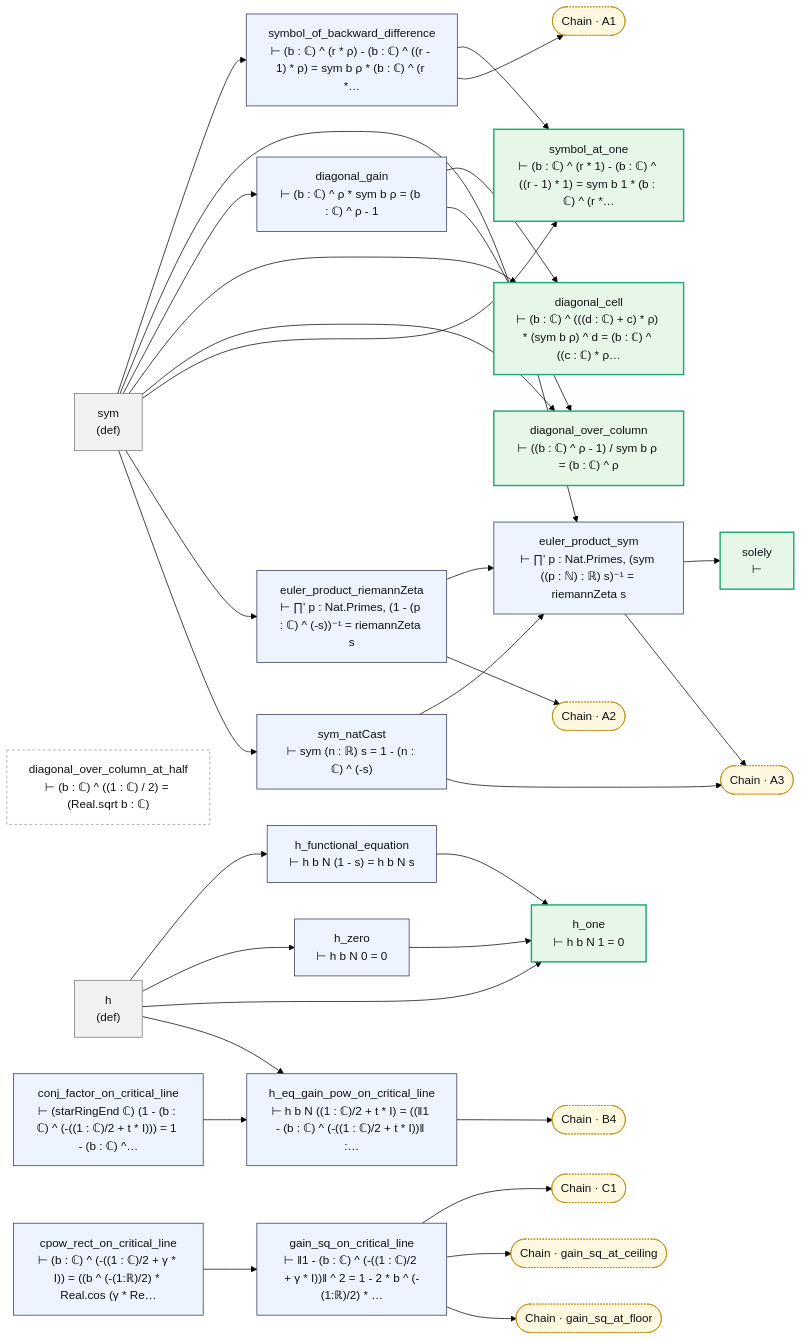
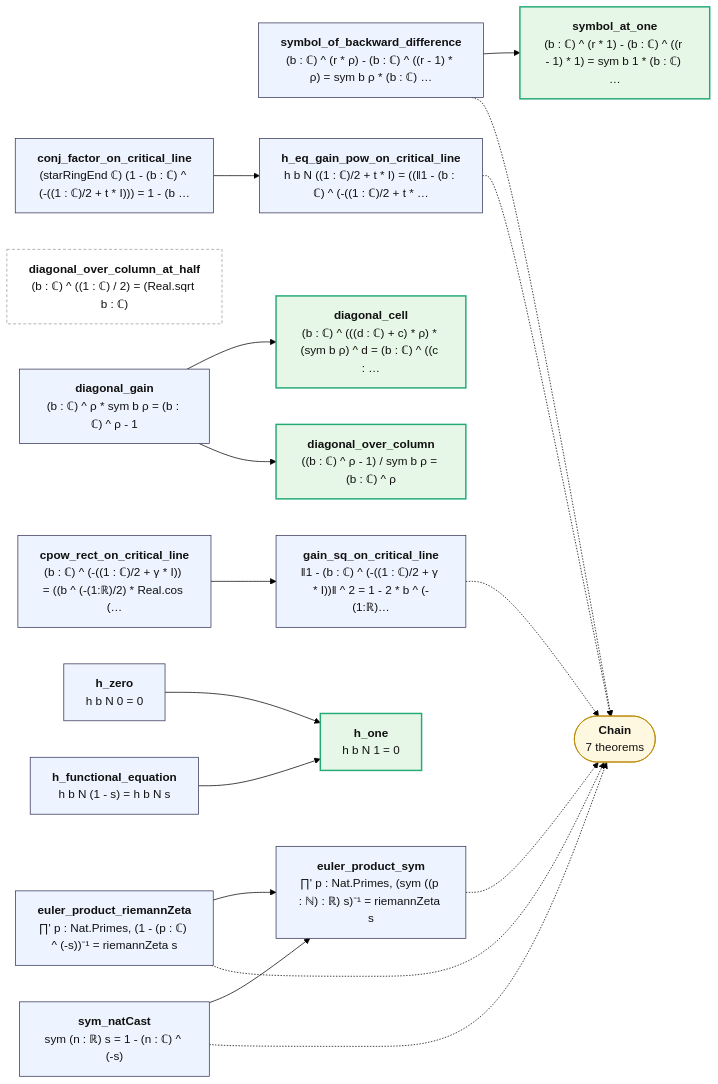
The diagram in map/lean/EulerFactorChain.md (juliansambranojr/Primebeat_081426), drawn with Mermaid (forest theme) before and after one commit. The commit also changed other lines of this file and 387 other files, not shown here.

````diff
--- a/map/lean/EulerFactorChain.md
+++ b/map/lean/EulerFactorChain.md
@@ -8,65 +12,40 @@
 ```mermaid
 flowchart LR
-  n0["sym<br/>(def)"]:::dfn
-  n1["symbol_of_backward_difference<br/>⊢ (b : ℂ) ^ (r * ρ) - (b : ℂ) ^ ((r - 1) * ρ) = sym b ρ * (b : ℂ) ^ (r *…"]:::thm
-  n2["diagonal_gain<br/>⊢ (b : ℂ) ^ ρ * sym b ρ = (b : ℂ) ^ ρ - 1"]:::thm
-  n3["diagonal_cell<br/>⊢ (b : ℂ) ^ (((d : ℂ) + c) * ρ) * (sym b ρ) ^ d = (b : ℂ) ^ ((c : ℂ) * ρ…"]:::end_
-  n4["diagonal_over_column<br/>⊢ ((b : ℂ) ^ ρ - 1) / sym b ρ = (b : ℂ) ^ ρ"]:::end_
-  n5["diagonal_over_column_at_half<br/>⊢ (b : ℂ) ^ ((1 : ℂ) / 2) = (Real.sqrt b : ℂ)"]:::lone
-  n6["symbol_at_one<br/>⊢ (b : ℂ) ^ (r * 1) - (b : ℂ) ^ ((r - 1) * 1) = sym b 1 * (b : ℂ) ^ (r *…"]:::end_
-  n7["euler_product_riemannZeta<br/>⊢ ∏' p : Nat.Primes, (1 - (p : ℂ) ^ (-s))⁻¹ = riemannZeta s"]:::thm
-  n8["solely<br/>⊢ "]:::end_
-  n9["sym_natCast<br/>⊢ sym (n : ℝ) s = 1 - (n : ℂ) ^ (-s)"]:::thm
-  n10["euler_product_sym<br/>⊢ ∏' p : Nat.Primes, (sym ((p : ℕ) : ℝ) s)⁻¹ = riemannZeta s"]:::thm
-  n11["h<br/>(def)"]:::dfn
-  n12["h_functional_equation<br/>⊢ h b N (1 - s) = h b N s"]:::thm
-  n13["h_zero<br/>⊢ h b N 0 = 0"]:::thm
-  n14["h_one<br/>⊢ h b N 1 = 0"]:::end_
-  n15["conj_factor_on_critical_line<br/>⊢ (starRingEnd ℂ) (1 - (b : ℂ) ^ (-((1 : ℂ)/2 + t * I))) = 1 - (b : ℂ) ^…"]:::thm
-  n16["h_eq_gain_pow_on_critical_line<br/>⊢ h b N ((1 : ℂ)/2 + t * I) = ((‖1 - (b : ℂ) ^ (-((1 : ℂ)/2 + t * I))‖ :…"]:::thm
-  n17["cpow_rect_on_critical_line<br/>⊢ (b : ℂ) ^ (-((1 : ℂ)/2 + γ * I)) = ((b ^ (-(1:ℝ)/2) * Real.cos (γ * Re…"]:::thm
-  n18["gain_sq_on_critical_line<br/>⊢ ‖1 - (b : ℂ) ^ (-((1 : ℂ)/2 + γ * I))‖ ^ 2 = 1 - 2 * b ^ (-(1:ℝ)/2) * …"]:::thm
-  x0(["Chain · A1"]):::ext
-  x1(["Chain · A2"]):::ext
-  x2(["Chain · A3"]):::ext
-  x3(["Chain · B4"]):::ext
-  x4(["Chain · C1"]):::ext
-  x5(["Chain · gain_sq_at_ceiling"]):::ext
-  x6(["Chain · gain_sq_at_floor"]):::ext
-  n0 --> n1
-  n0 --> n10
-  n0 --> n2
-  n0 --> n3
-  n0 --> n4
-  n0 --> n6
-  n0 --> n7
-  n0 --> n9
-  n1 --> n6
-  n1 --> x0
-  n10 --> n8
-  n10 --> x2
-  n11 --> n12
-  n11 --> n13
-  n11 --> n14
-  n11 --> n16
-  n12 --> n14
-  n13 --> n14
-  n15 --> n16
-  n16 --> x3
-  n17 --> n18
-  n18 --> x4
-  n18 --> x5
-  n18 --> x6
-  n2 --> n3
-  n2 --> n4
-  n7 --> n10
-  n7 --> x1
-  n9 --> n10
-  n9 --> x2
+  n0["<b>symbol_of_backward_difference</b><br/>(b : ℂ) ^ (r * ρ) - (b : ℂ) ^ ((r - 1) * ρ) = sym b ρ * (b : ℂ) …"]:::thm
+  n1["<b>diagonal_gain</b><br/>(b : ℂ) ^ ρ * sym b ρ = (b : ℂ) ^ ρ - 1"]:::thm
+  n2["<b>diagonal_cell</b><br/>(b : ℂ) ^ (((d : ℂ) + c) * ρ) * (sym b ρ) ^ d = (b : ℂ) ^ ((c : …"]:::end_
+  n3["<b>diagonal_over_column</b><br/>((b : ℂ) ^ ρ - 1) / sym b ρ = (b : ℂ) ^ ρ"]:::end_
+  n4["<b>diagonal_over_column_at_half</b><br/>(b : ℂ) ^ ((1 : ℂ) / 2) = (Real.sqrt b : ℂ)"]:::lone
+  n5["<b>symbol_at_one</b><br/>(b : ℂ) ^ (r * 1) - (b : ℂ) ^ ((r - 1) * 1) = sym b 1 * (b : ℂ) …"]:::end_
+  n6["<b>euler_product_riemannZeta</b><br/>∏' p : Nat.Primes, (1 - (p : ℂ) ^ (-s))⁻¹ = riemannZeta s"]:::thm
+  n7["<b>sym_natCast</b><br/>sym (n : ℝ) s = 1 - (n : ℂ) ^ (-s)"]:::thm
+  n8["<b>euler_product_sym</b><br/>∏' p : Nat.Primes, (sym ((p : ℕ) : ℝ) s)⁻¹ = riemannZeta s"]:::thm
+  n9["<b>h_functional_equation</b><br/>h b N (1 - s) = h b N s"]:::thm
+  n10["<b>h_zero</b><br/>h b N 0 = 0"]:::thm
+  n11["<b>h_one</b><br/>h b N 1 = 0"]:::end_
+  n12["<b>conj_factor_on_critical_line</b><br/>(starRingEnd ℂ) (1 - (b : ℂ) ^ (-((1 : ℂ)/2 + t * I))) = 1 - (b …"]:::thm
+  n13["<b>h_eq_gain_pow_on_critical_line</b><br/>h b N ((1 : ℂ)/2 + t * I) = ((‖1 - (b : ℂ) ^ (-((1 : ℂ)/2 + t * …"]:::thm
+  n14["<b>cpow_rect_on_critical_line</b><br/>(b : ℂ) ^ (-((1 : ℂ)/2 + γ * I)) = ((b ^ (-(1:ℝ)/2) * Real.cos (…"]:::thm
+  n15["<b>gain_sq_on_critical_line</b><br/>‖1 - (b : ℂ) ^ (-((1 : ℂ)/2 + γ * I))‖ ^ 2 = 1 - 2 * b ^ (-(1:ℝ)…"]:::thm
+  x0(["<b>Chain</b><br/>7 theorems"]):::ext
+  n0 --> n5
+  n1 --> n2
+  n1 --> n3
+  n10 --> n11
+  n12 --> n13
+  n14 --> n15
+  n6 --> n8
+  n7 --> n8
+  n9 --> n11
+  n0 -.-> x0
+  n13 -.-> x0
+  n15 -.-> x0
+  n6 -.-> x0
+  n7 -.-> x0
+  n8 -.-> x0
   classDef thm fill:#eef4ff,stroke:#335,color:#111
-  classDef dfn fill:#f2f2f2,stroke:#777,color:#111
   classDef end_ fill:#e7f7e7,stroke:#2a7,color:#111,stroke-width:2px
   classDef lone fill:#fff,stroke:#999,color:#111,stroke-dasharray:4 3
   classDef bad fill:#ffe5e5,stroke:#c22,color:#111,stroke-width:2px
-  classDef ext fill:#fff8e1,stroke:#b80,color:#111,stroke-dasharray:2 2
+  classDef ext fill:#fff8e1,stroke:#b80,color:#111
 ```
````
